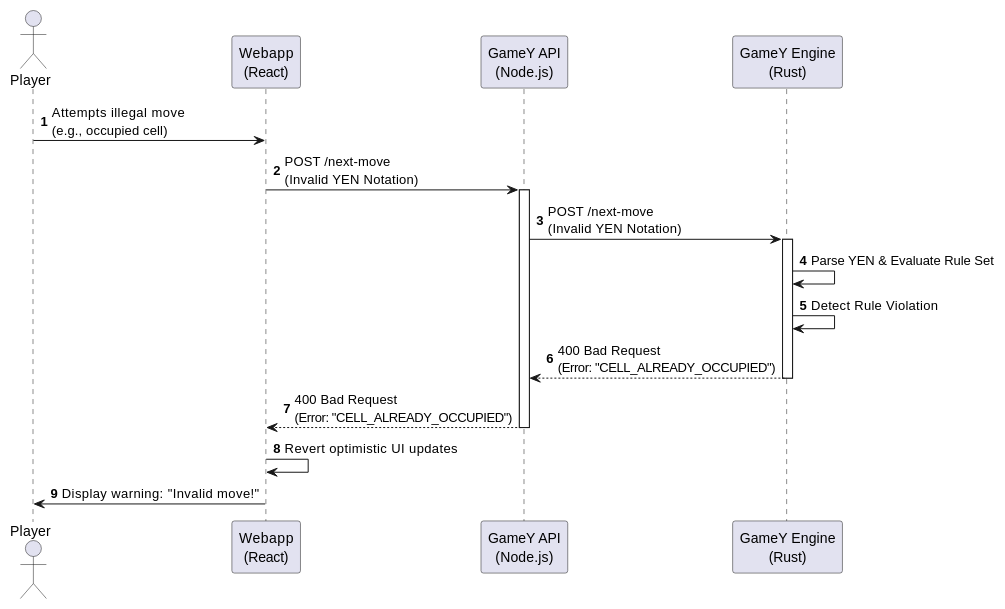
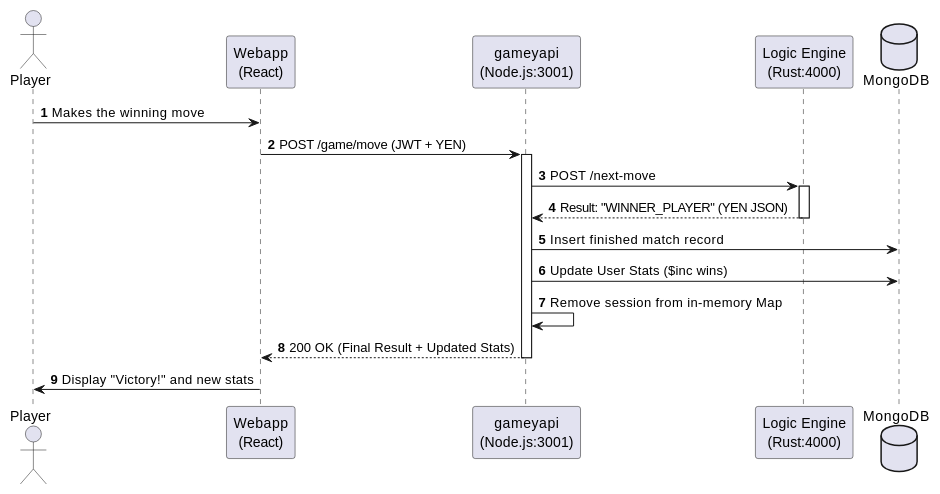
The fourth of 4 diagrams in docs/src/06_runtime_view.adoc (Arquisoft/yovi_en1a), drawn with PlantUML before and after one commit. The commit also changed other lines of this file, not shown here.

```diff
--- a/docs/src/06_runtime_view.adoc
+++ b/docs/src/06_runtime_view.adoc
@@ -168,27 +114,29 @@
-[plantuml, target="invalid-move", format="png"]
+[plantuml, target="match-conclusion", format="png"]
 ----
 @startuml
 autonumber
 actor "Player" as User
 participant "Webapp\n(React)" as UI
-participant "GameY API\n(Node.js)" as API
-participant "GameY Engine\n(Rust)" as Rust
+participant "gameyapi\n(Node.js:3001)" as API
+participant "Logic Engine\n(Rust:4000)" as Rust
+database "MongoDB" as DB
 
-User -> UI : Attempts illegal move\n(e.g., occupied cell)
-UI -> API : POST /next-move \n(Invalid YEN Notation)
+User -> UI : Makes the winning move
+UI -> API : POST /game/move (JWT + YEN)
 activate API
-API -> Rust : POST /next-move \n(Invalid YEN Notation)
+
+API -> Rust : POST /next-move
 activate Rust
+Rust --> API : Result: "WINNER_PLAYER" (YEN JSON)
+deactivate Rust
 
-Rust -> Rust : Parse YEN & Evaluate Rule Set
-Rust -> Rust : Detect Rule Violation 
+API -> DB : Insert finished match record
+API -> DB : Update User Stats ($inc wins)
+API -> API : Remove session from in-memory Map
 
-Rust --> API : 400 Bad Request \n(Error: "CELL_ALREADY_OCCUPIED")
-deactivate Rust
-API --> UI : 400 Bad Request \n(Error: "CELL_ALREADY_OCCUPIED")
+API --> UI : 200 OK (Final Result + Updated Stats)
 deactivate API
 
-UI -> UI : Revert optimistic UI updates
-UI -> User : Display warning: "Invalid move!"
+UI -> User : Display "Victory!" and new stats
 @enduml
 ----
```
